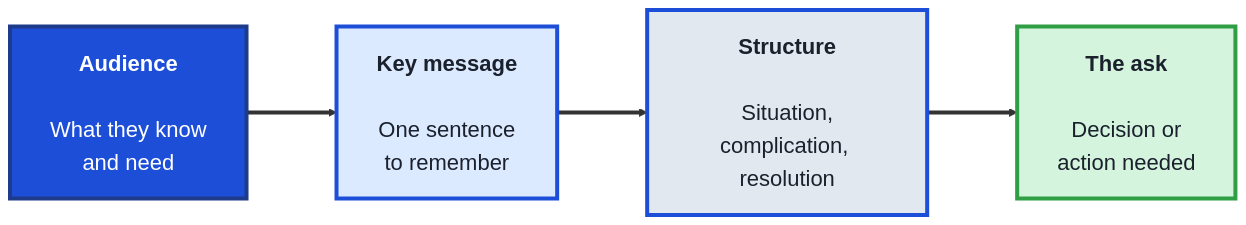
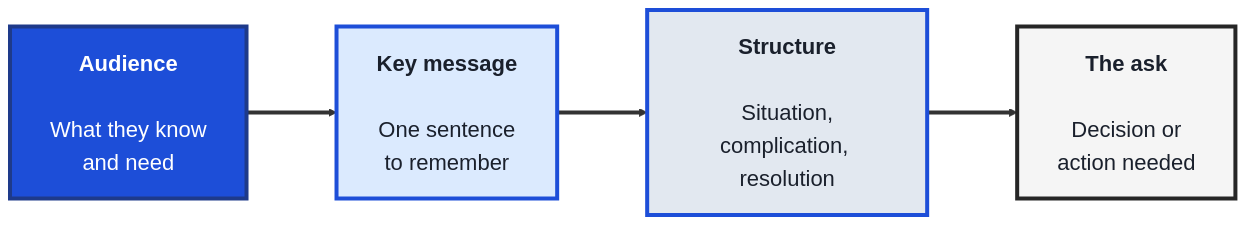
One commit to SHEMODELTECH/shemodeltech changed the third of 3 diagrams in src/Pages/courses/TechLeads/module-6-communication-and-delivery.md. Above: the diagram before and after it, drawn with Mermaid. The commit also changed other lines of this file and 46 other files, not shown here.

````diff
--- a/src/Pages/courses/TechLeads/module-6-communication-and-delivery.md
+++ b/src/Pages/courses/TechLeads/module-6-communication-and-delivery.md
@@ -176,16 +176,16 @@
 ```mermaid
 %%{init: {'theme':'base', 'themeVariables': {'fontSize':'22px', 'primaryTextColor':'#1a202c', 'primaryBorderColor':'#1d4ed8', 'lineColor':'#333333'}, 'flowchart': {'nodeSpacing': 70, 'rankSpacing': 90, 'padding': 20}}}%%
 flowchart LR
     AUD["<b>Audience</b><br/><br/>What they know<br/>and need"]
     MSG["<b>Key message</b><br/><br/>One sentence<br/>to remember"]
     STRUCT["<b>Structure</b><br/><br/>Situation,<br/>complication, resolution"]
     ASK["<b>The ask</b><br/><br/>Decision or<br/>action needed"]
 
     AUD ==> MSG ==> STRUCT ==> ASK
 
     style AUD fill:#1d4ed8,color:#fff,stroke:#1e3a8a,stroke-width:4px
     style MSG fill:#dbeafe,color:#1a202c,stroke:#1d4ed8,stroke-width:4px
     style STRUCT fill:#e2e8f0,color:#1a202c,stroke:#1d4ed8,stroke-width:4px
-    style ASK fill:#d4f4dd,color:#1a202c,stroke:#2f9e44,stroke-width:4px
+    style ASK fill:#F5F5F5,color:#1a202c,stroke:#262626,stroke-width:4px
     linkStyle default stroke-width:4px,stroke:#333333
 ```
````
